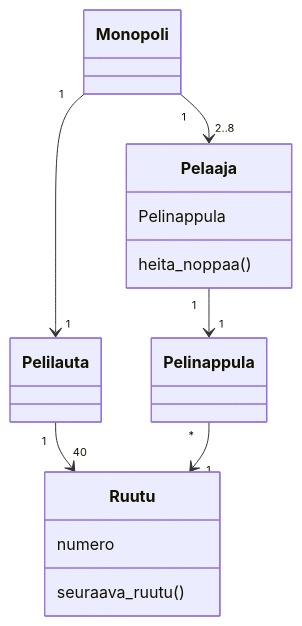
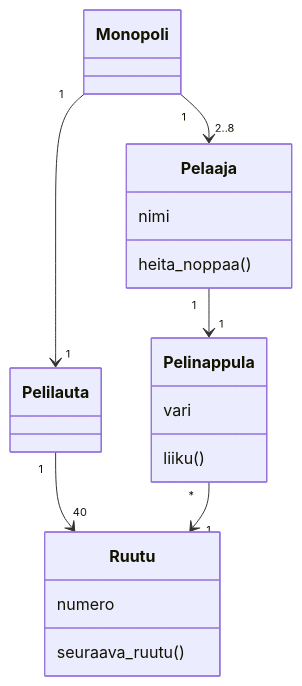
The diagram in laskarit/viikko3/monopoli.md (ArtturiV/ot-harjoitustyo), drawn with Mermaid before and after one commit.

Commit message:
Monopolin muokkauksia

````diff
--- a/laskarit/viikko3/monopoli.md
+++ b/laskarit/viikko3/monopoli.md
@@ -1,17 +1,21 @@
 ```mermaid
  classDiagram
 	Monopoli "1" --> "2..8" Pelaaja
 	Pelaaja "1" --> "1" Pelinappula
 	Monopoli "1" --> "1" Pelilauta
 	Pelilauta "1" --> "40" Ruutu
 	Pelinappula "*" --> "1" Ruutu
 
 	class Pelaaja{
-		Pelinappula
+		nimi
 		heita_noppaa()
 	}
 	class Ruutu{
 		numero
 		seuraava_ruutu()
 	}
+	class Pelinappula{
+		vari
+		liiku()
+	}
 ```
````
